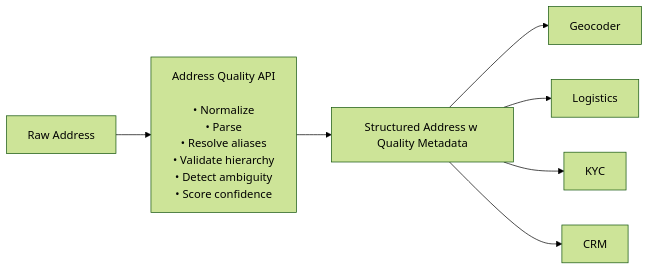
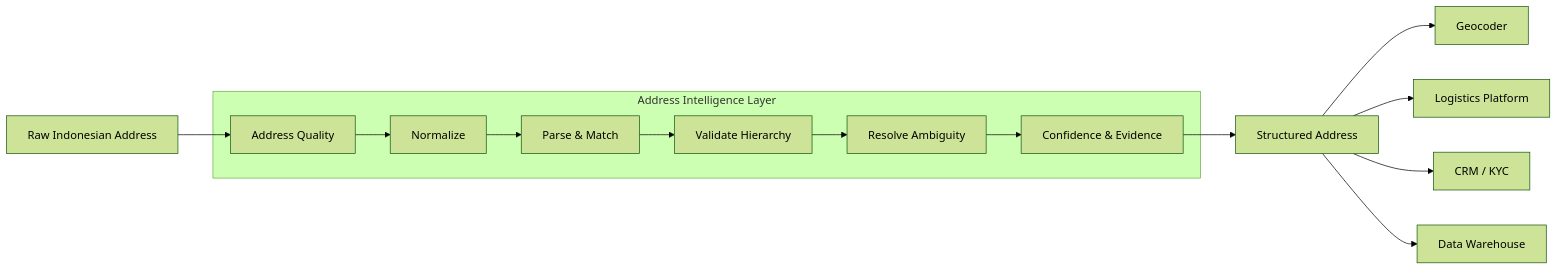
One commit to samaita/address-quality changed the first of 2 diagrams in README.md. Above: the diagram before and after it, drawn with Mermaid (forest theme). The commit also changed other lines of this file and 2 other files, not shown here.

````diff
--- a/README.md
+++ b/README.md
@@ -138,18 +70,19 @@
 ```mermaid
 flowchart LR
-    A["Raw Address"] --> B["Address Quality API
+    A["Raw Indonesian Address"] --> B["Address Quality"]
 
-• Normalize
-• Parse
-• Resolve aliases
-• Validate hierarchy
-• Detect ambiguity
-• Score confidence"]
+    subgraph AI["Address Intelligence Layer"]
+        B --> C["Normalize"]
+        C --> D["Parse & Match"]
+        D --> E["Validate Hierarchy"]
+        E --> F["Resolve Ambiguity"]
+        F --> G["Confidence & Evidence"]
+    end
 
-    B --> C["Structured Address w Quality Metadata"]
+    G --> H["Structured Address"]
 
-    C --> D["Geocoder"]
-    C --> E["Logistics"]
-    C --> F["KYC"]
-    C --> G["CRM"]
+    H --> I["Geocoder"]
+    H --> J["Logistics Platform"]
+    H --> K["CRM / KYC"]
+    H --> L["Data Warehouse"]
 ```
````
